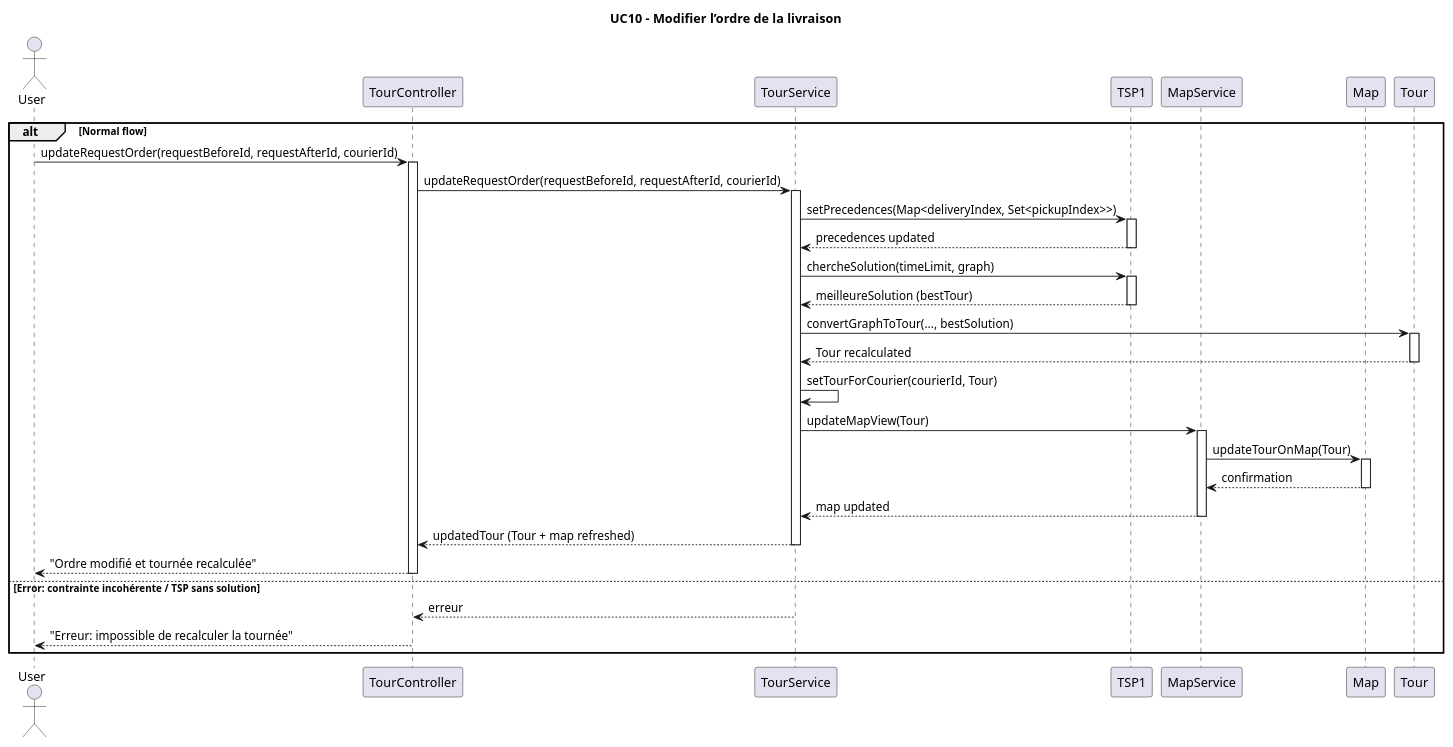
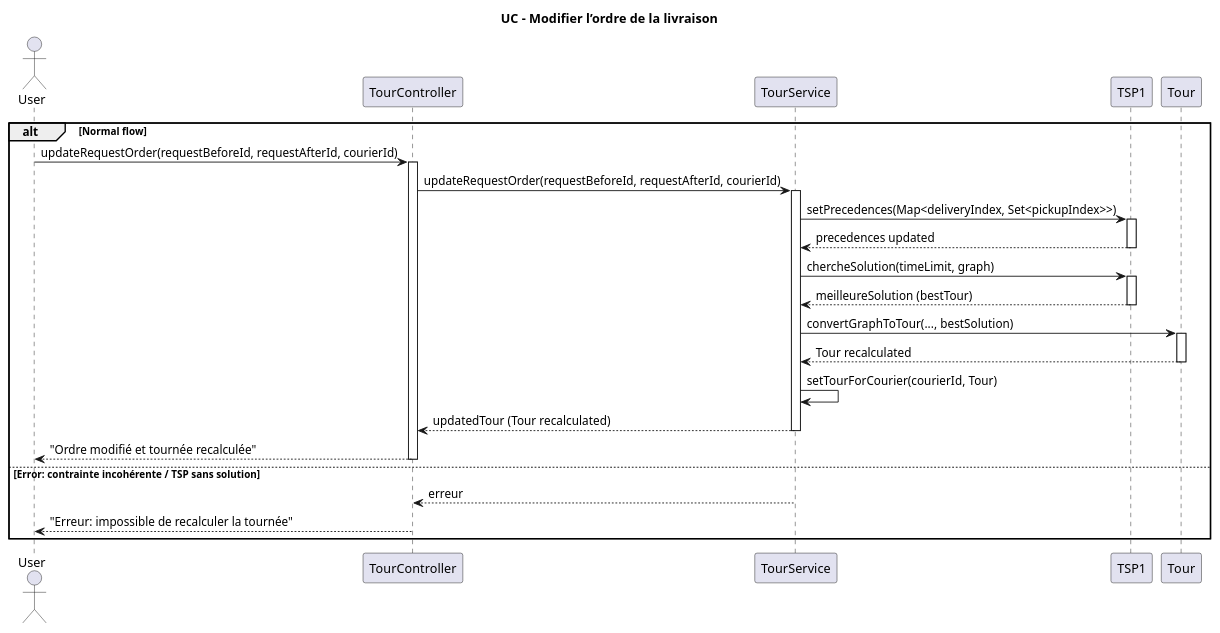
Before and after one commit to enzo-dosanjos/Pickup_Delivery_App: the diagram in diagrams/diagramUC10.plantuml, drawn with PlantUML. The commit also changed 9 other files, not shown here.

```diff
--- a/diagrams/diagramUC10.plantuml
+++ b/diagrams/diagramUC10.plantuml
@@ -1,56 +1,47 @@
 @startuml
-title UC10 – Modifier l’ordre de la livraison
+title UC – Modifier l’ordre de la livraison
 
 actor User
 participant "TourController" as TC
 participant "TourService" as TS
 participant "TSP1" as TSP
-participant "MapService" as MS
-participant "Map" as MAP
 participant "Tour" as TOUR
 
 alt Normal flow
     User -> TC : updateRequestOrder(requestBeforeId, requestAfterId, courierId)
     activate TC
 
     TC -> TS : updateRequestOrder(requestBeforeId, requestAfterId, courierId)
     activate TS
 
         ' --- APPLY PRECEDENCE CONSTRAINT DIRECTLY ON TSP ---
         TS -> TSP : setPrecedences(Map<deliveryIndex, Set<pickupIndex>>)
         activate TSP
         TSP --> TS : precedences updated
         deactivate TSP
 
         ' --- RECOMPUTE TOUR WITH NEW CONSTRAINT ---
         TS -> TSP : chercheSolution(timeLimit, graph)
         activate TSP
         TSP --> TS : meilleureSolution (bestTour)
         deactivate TSP
 
+        ' --- CONVERT INTO NEW TOUR OBJECT ---
         TS -> TOUR : convertGraphToTour(..., bestSolution)
         activate TOUR
         TOUR --> TS : Tour recalculated
         deactivate TOUR
 
         TS -> TS : setTourForCourier(courierId, Tour)
-        TS -> MS : updateMapView(Tour)
-        activate MS
-            MS -> MAP : updateTourOnMap(Tour)
-            activate MAP
-            MAP --> MS : confirmation
-            deactivate MAP
-        MS --> TS : map updated
-        deactivate MS
 
-    TS --> TC : updatedTour (Tour + map refreshed)
+    TS --> TC : updatedTour (Tour recalculated)
     deactivate TS
 
     TC --> User : "Ordre modifié et tournée recalculée"
     deactivate TC
 
 else Error: contrainte incohérente / TSP sans solution
     TS --> TC : erreur
     TC --> User : "Erreur: impossible de recalculer la tournée"
 end
 @enduml
```
